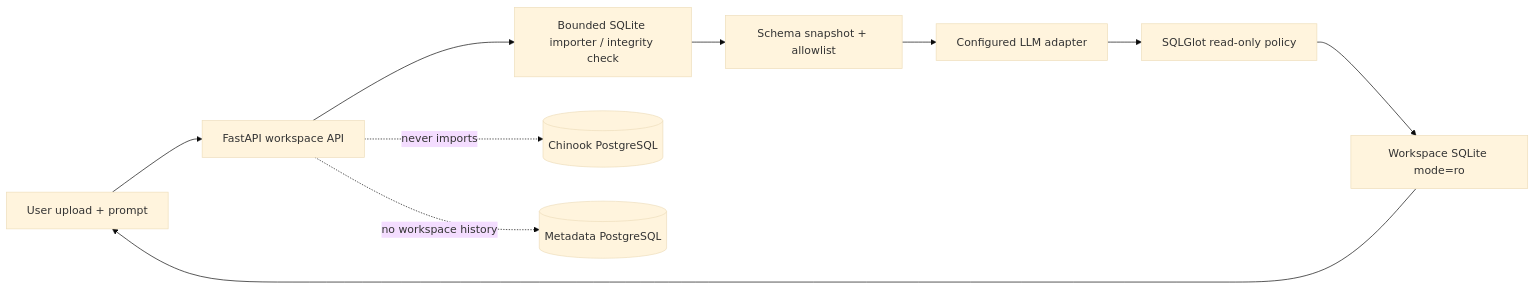
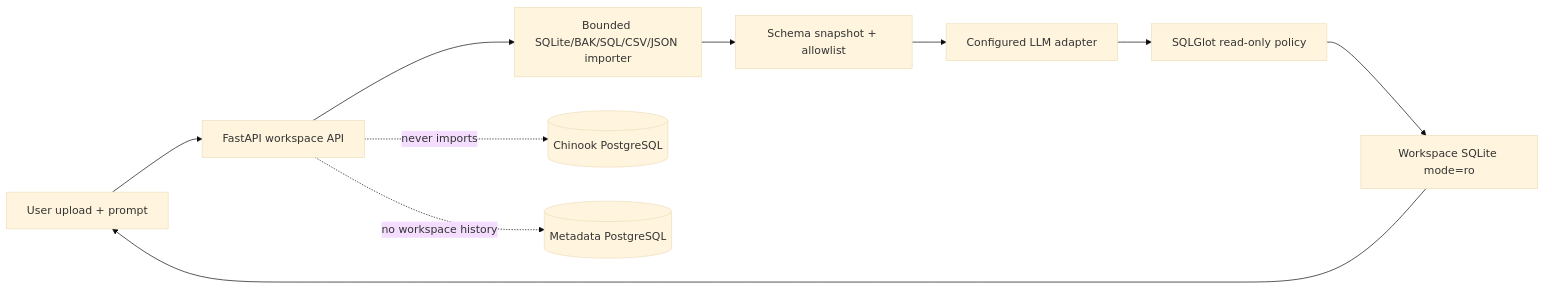
Before and after one commit to Daffwa/ai-database-analyst: the second of 3 diagrams in docs/architecture.md, drawn with Mermaid (base theme). The commit also changed other lines of this file and 27 other files, not shown here.

````diff
--- a/docs/architecture.md
+++ b/docs/architecture.md
@@ -46,12 +46,12 @@
 ```mermaid
 flowchart LR
     U["User upload + prompt"] --> API["FastAPI workspace API"]
-    API --> I["Bounded SQLite importer / integrity check"]
+    API --> I["Bounded SQLite/BAK/SQL/CSV/JSON importer"]
     I --> S["Schema snapshot + allowlist"]
     S --> L["Configured LLM adapter"]
     L --> V["SQLGlot read-only policy"]
     V --> R["Workspace SQLite mode=ro"]
     R --> U
     API -. "never imports" .-> P[("Chinook PostgreSQL")]
     API -. "no workspace history" .-> M[("Metadata PostgreSQL")]
 ```
````
